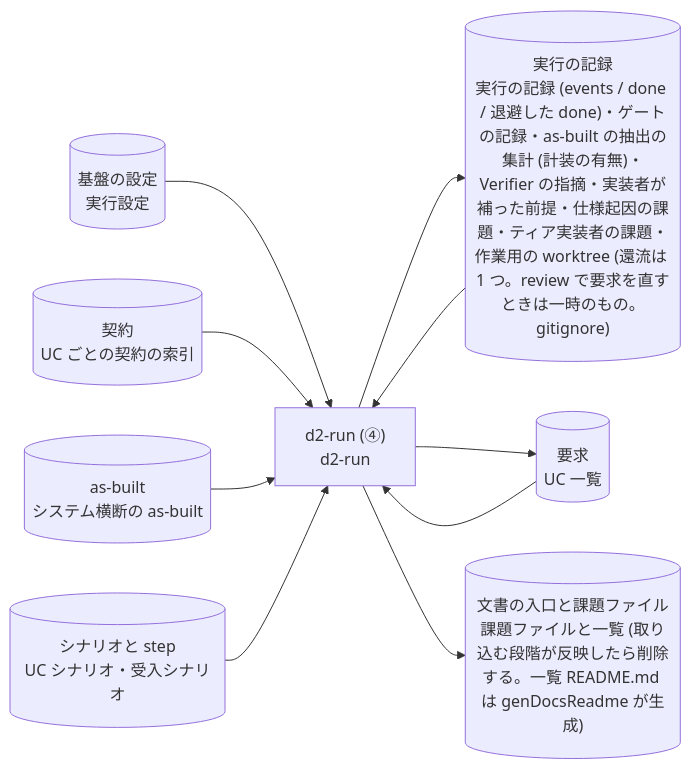
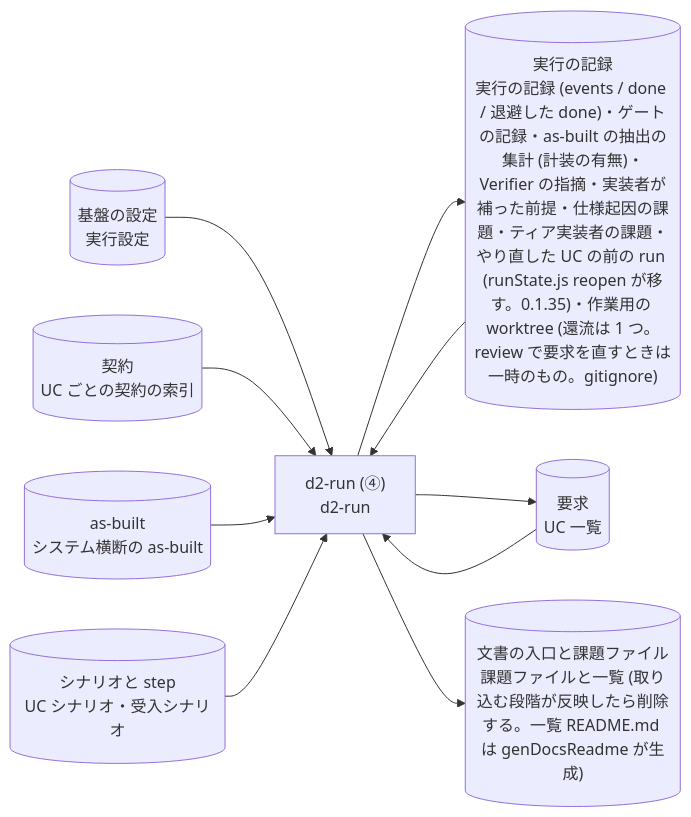
Diagram 37 of 48 in plugins/distillery2/skills/d2-common/references/dataflow.md (suwa-sh/suwa-sh-claude-plugins), drawn with Mermaid before and after one commit. The commit also changed other lines of this file and 17 other files, not shown here.

````diff
--- a/plugins/distillery2/skills/d2-common/references/dataflow.md
+++ b/plugins/distillery2/skills/d2-common/references/dataflow.md
@@ -936,20 +938,20 @@
 ```mermaid
 flowchart LR
   p_run_uc["d2-run (④)<br/>d2-run"]
   g_settings[("基盤の設定<br/>実行設定")]
   g_requirements[("要求<br/>UC 一覧")]
-  g_run[("実行の記録<br/>実行の記録 (events / done / 退避した done)・ゲートの記録・as-built の抽出の集計 (計装の有無)・Verifier の指摘・実装者が補った前提・仕様起因の課題・ティア実装者の課題・作業用の worktree (還流は 1 つ。review で要求を直すときは一時のもの。gitignore)")]
+  g_run[("実行の記録<br/>実行の記録 (events / done / 退避した done)・ゲートの記録・as-built の抽出の集計 (計装の有無)・Verifier の指摘・実装者が補った前提・仕様起因の課題・ティア実装者の課題・やり直した UC の前の run (runState.js reopen が移す。0.1.35)・作業用の worktree (還流は 1 つ。review で要求を直すときは一時のもの。gitignore)")]
   g_contracts[("契約<br/>UC ごとの契約の索引")]
   g_asbuilt[("as-built<br/>システム横断の as-built")]
   g_scenarios[("シナリオと step<br/>UC シナリオ・受入シナリオ")]
   g_docs[("文書の入口と課題ファイル<br/>課題ファイルと一覧 (取り込む段階が反映したら削除する。一覧 README.md は genDocsReadme が生成)")]
   g_settings --> p_run_uc
   g_requirements --> p_run_uc
   g_run --> p_run_uc
   g_contracts --> p_run_uc
   g_asbuilt --> p_run_uc
   g_scenarios --> p_run_uc
   p_run_uc --> g_run
   p_run_uc --> g_requirements
   p_run_uc --> g_docs
 ```
````
